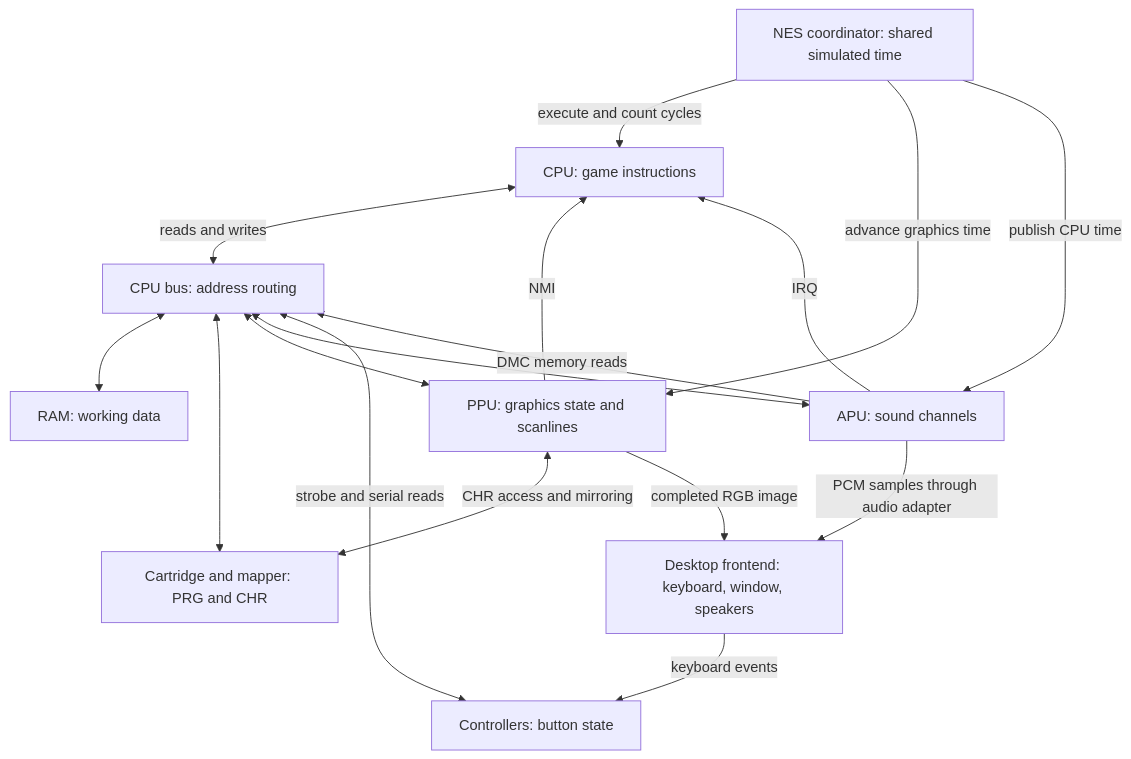
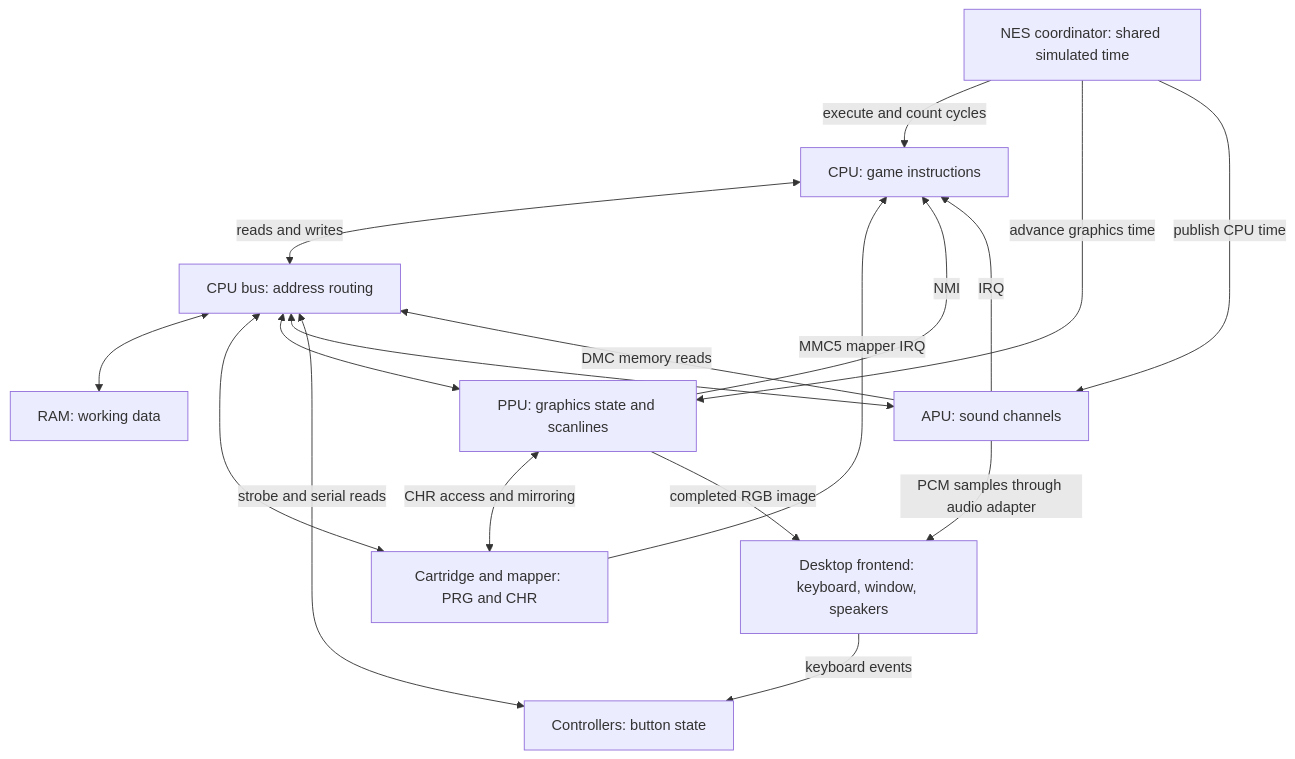
Before and after one commit to sgalvez/pynes: the first of 2 diagrams in docs/how-emulators-work.md, drawn with Mermaid. The commit also changed other lines of this file and 9 other files, not shown here.

````diff
--- a/docs/how-emulators-work.md
+++ b/docs/how-emulators-work.md
@@ -56,29 +56,30 @@
 ```mermaid
 flowchart TD
     Frontend["Desktop frontend: keyboard, window, speakers"]
     Controller["Controllers: button state"]
     CPU["CPU: game instructions"]
     Bus["CPU bus: address routing"]
     RAM["RAM: working data"]
     Cartridge["Cartridge and mapper: PRG and CHR"]
     PPU["PPU: graphics state and scanlines"]
     APU["APU: sound channels"]
     Clock["NES coordinator: shared simulated time"]
 
     Frontend -->|"keyboard events"| Controller
     CPU <-->|"reads and writes"| Bus
     Bus <--> RAM
     Bus <--> Cartridge
     Bus <--> PPU
     Bus <--> APU
     Bus <-->|"strobe and serial reads"| Controller
     PPU <-->|"CHR access and mirroring"| Cartridge
     APU -->|"DMC memory reads"| Bus
     PPU -->|"NMI"| CPU
+    Cartridge -->|"MMC5 mapper IRQ"| CPU
     APU -->|"IRQ"| CPU
     Clock -->|"execute and count cycles"| CPU
     Clock -->|"advance graphics time"| PPU
     Clock -->|"publish CPU time"| APU
     PPU -->|"completed RGB image"| Frontend
     APU -->|"PCM samples through audio adapter"| Frontend
 ```
````
